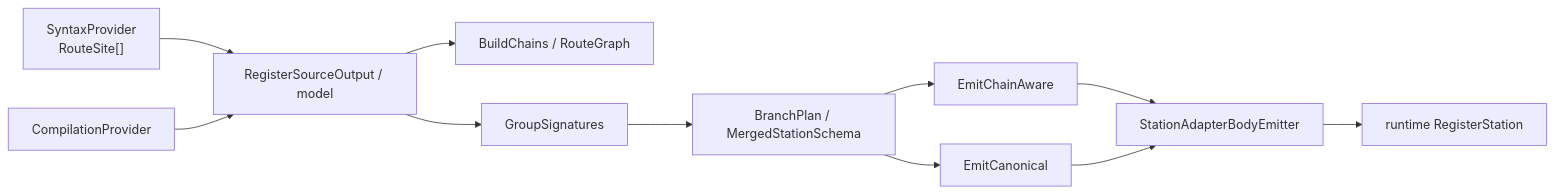
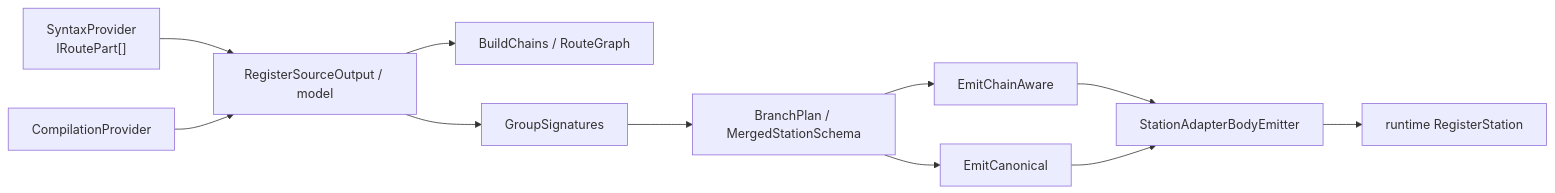
The fifth of 8 diagrams in docs/architecture-internals.md (moragfullrest-cmyk/TrainOP), drawn with Mermaid before and after one commit. The commit also changed other lines of this file and 52 other files, not shown here.

Commit message:
Retire RouteSite so discovery emits IRoutePart directly.

````diff
--- a/docs/architecture-internals.md
+++ b/docs/architecture-internals.md
@@ -413,13 +412,13 @@
 ```mermaid
 flowchart LR
-  SP["SyntaxProvider<br/>RouteSite[]"] --> CB["RegisterSourceOutput / model"]
+  SP["SyntaxProvider<br/>IRoutePart[]"] --> CB["RegisterSourceOutput / model"]
   CP["CompilationProvider"] --> CB
   CB --> RGA["BuildChains / RouteGraph"]
   CB --> TSG["GroupSignatures"]
   TSG --> MSS["BranchPlan / MergedStationSchema"]
   MSS --> E1["EmitChainAware"]
   MSS --> E2["EmitCanonical"]
   E1 --> SAB["StationAdapterBodyEmitter"]
   E2 --> SAB
   SAB --> RS["runtime RegisterStation"]
 ```
````
